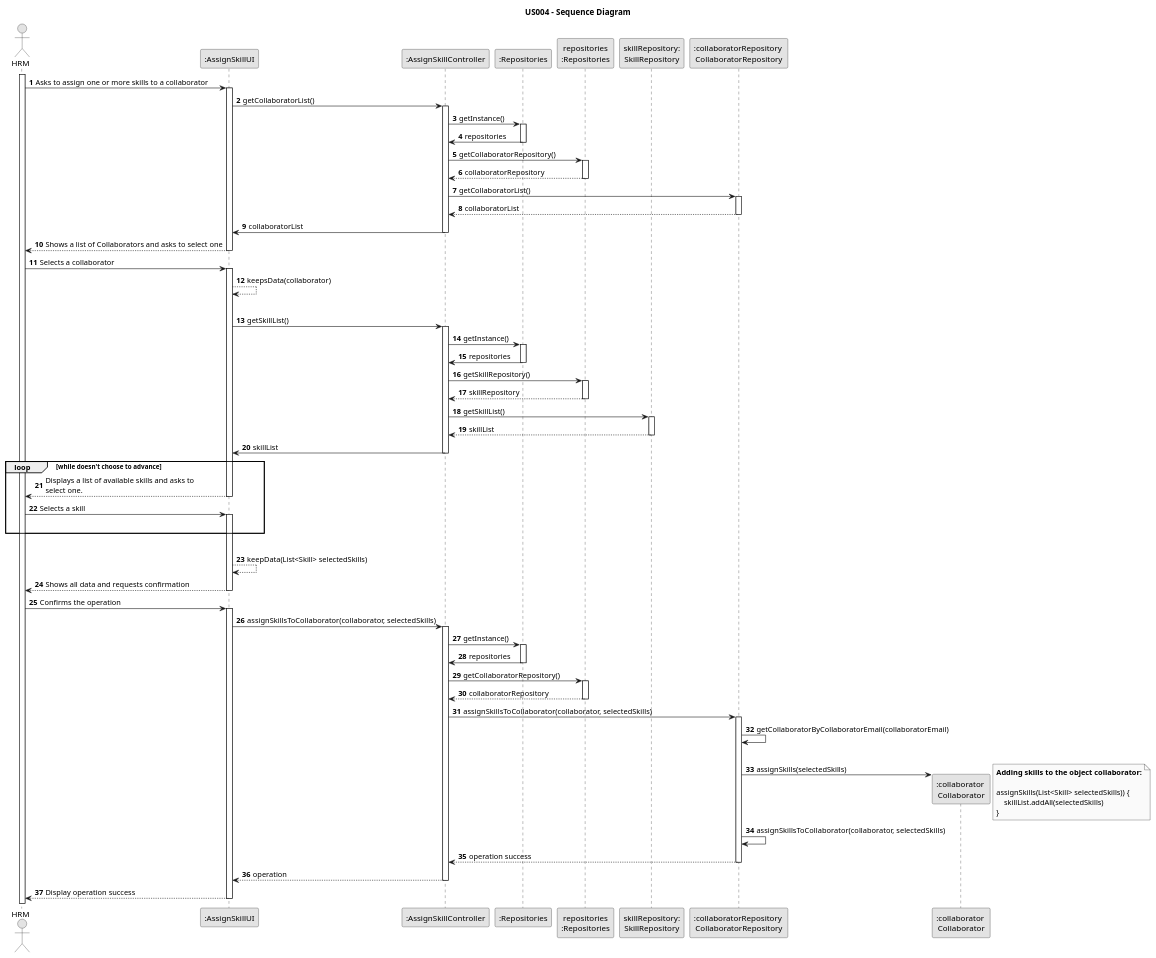
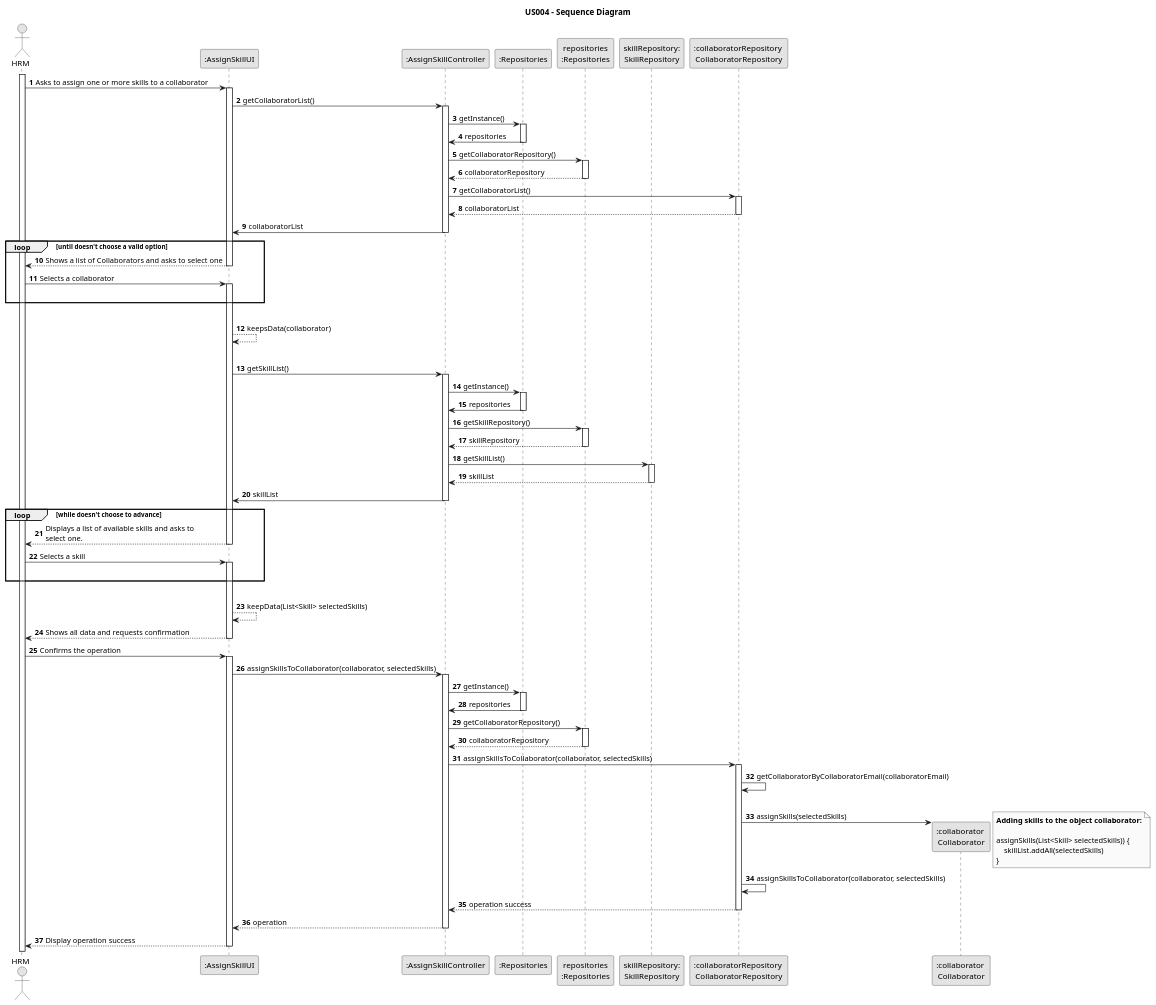
The diagram in docs/sprintB/us004/03.design/puml/us004-sequence-diagram.puml (Rui-San/LAPR2_2023_2024), drawn with PlantUML before and after one commit. The commit also changed 4 other files, not shown here.

First line of the commit message:
US004 - Added loop for choosing a collaborator option on System Sequence and fixed SSD based on System Sequence changes (updated both svgs)

```diff
--- a/docs/sprintB/us004/03.design/puml/us004-sequence-diagram.puml
+++ b/docs/sprintB/us004/03.design/puml/us004-sequence-diagram.puml
@@ -1,155 +1,159 @@
 @startuml
 skinparam monochrome true
 skinparam packageStyle rectangle
 skinparam shadowing false
 
 title US004 - Sequence Diagram
 
 autonumber
 
 actor "HRM" as HRM
 participant ":AssignSkillUI" as UI
 participant ":AssignSkillController" as CTRL
 participant ":Repositories" as RepositorySingleton
 participant "repositories\n:Repositories" as rep
 participant "skillRepository:\nSkillRepository" as SkillRepository
 participant ":collaboratorRepository \nCollaboratorRepository" as COLREP
 participant ":collaborator \nCollaborator" as COL
 
 activate HRM
 
     HRM -> UI : Asks to assign one or more skills to a collaborator
 
     activate UI
 
         UI -> CTRL : getCollaboratorList()
 
         activate CTRL
 
             CTRL -> RepositorySingleton : getInstance()
 
             activate RepositorySingleton
 
                 RepositorySingleton -> CTRL : repositories
             deactivate RepositorySingleton
 
             CTRL -> rep : getCollaboratorRepository()
             activate rep
 
                 rep --> CTRL : collaboratorRepository
             deactivate rep
             CTRL -> COLREP : getCollaboratorList()
 
             activate COLREP
 
             COLREP --> CTRL : collaboratorList
             deactivate COLREP
 
 
             CTRL -> UI : collaboratorList
+            loop until doesn't choose a valid option
         deactivate CTRL
         UI --> HRM : Shows a list of Collaborators and asks to select one
 
     deactivate UI
 
+
     HRM -> UI : Selects a collaborator
     activate UI
-
+    |||
+    end
+|||
 
     UI --> UI : keepsData(collaborator)
 
     |||
 
         UI -> CTRL : getSkillList()
 
         activate CTRL
 
             CTRL -> RepositorySingleton : getInstance()
 
             activate RepositorySingleton
 
                 RepositorySingleton -> CTRL : repositories
             deactivate RepositorySingleton
 
             CTRL -> rep : getSkillRepository()
 
             activate rep
 
                 rep --> CTRL : skillRepository
             deactivate rep
 
             CTRL -> SkillRepository : getSkillList()
 
             activate SkillRepository
 
                 SkillRepository --> CTRL : skillList
             deactivate SkillRepository
 
             CTRL -> UI : skillList
         deactivate CTRL
 
         loop while doesn't choose to advance
 
             UI --> HRM : Displays a list of available skills and asks to \nselect one.
     deactivate UI
 
         HRM -> UI : Selects a skill
         |||
 
     activate UI
 
         end
         |||
         UI --> UI : keepData(List<Skill> selectedSkills)
 
         UI --> HRM : Shows all data and requests confirmation
     deactivate UI
 
     HRM -> UI : Confirms the operation
     activate UI
 
 
         UI -> CTRL : assignSkillsToCollaborator(collaborator, selectedSkills)
 
         activate CTRL
 
             CTRL -> RepositorySingleton : getInstance()
 
                     activate RepositorySingleton
 
                         RepositorySingleton -> CTRL : repositories
                     deactivate RepositorySingleton
 
                     CTRL -> rep : getCollaboratorRepository()
                     activate rep
 
                         rep --> CTRL : collaboratorRepository
                     deactivate rep
                     CTRL -> COLREP : assignSkillsToCollaborator(collaborator, selectedSkills)
 
                     activate COLREP
 
                     COLREP -> COLREP : getCollaboratorByCollaboratorEmail(collaboratorEmail)
 
 
                     |||
 
                     COLREP -> COL** : assignSkills(selectedSkills)
                    Note right
                    <font color=black><b>Adding skills to the object collaborator:
 
                    assignSkills(List<Skill> selectedSkills)) {
                        skillList.addAll(selectedSkills)
                    }
                    end note
 
                     COLREP -> COLREP : assignSkillsToCollaborator(collaborator, selectedSkills)
                     COLREP --> CTRL : operation success
                 deactivate COLREP
                 CTRL --> UI : operation
                 deactivate CTRL
                 UI --> HRM : Display operation success
                 deactivate UI
 
 
 @enduml
```
